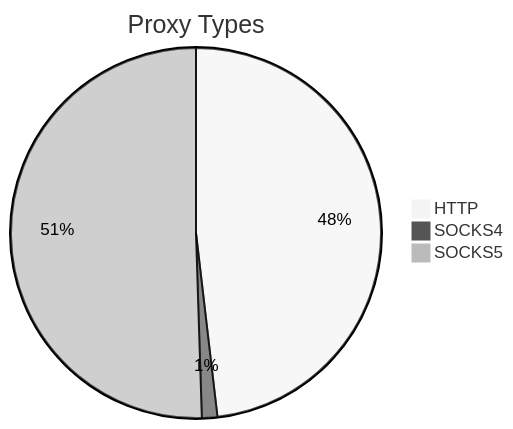
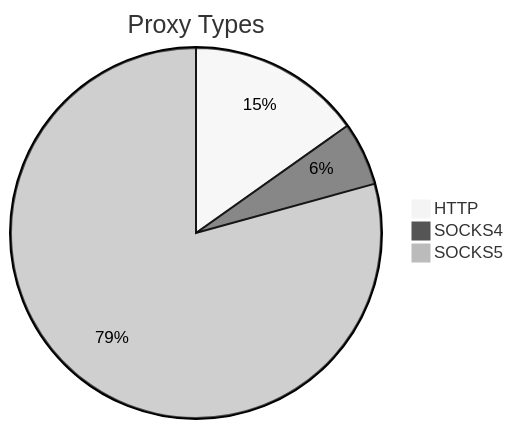
One commit to stormsia/proxy-list changed the first of 2 diagrams in README.md. Above: the diagram before and after it, drawn with Mermaid (neutral theme). The commit also changed other lines of this file, not shown here.

````diff
--- a/README.md
+++ b/README.md
@@ -21,6 +21,6 @@
 ```mermaid
 pie title Proxy Types
-    "HTTP" : 143
-    "SOCKS4" : 4
-    "SOCKS5" : 150
+    "HTTP" : 118
+    "SOCKS4" : 43
+    "SOCKS5" : 616
 ```
````
